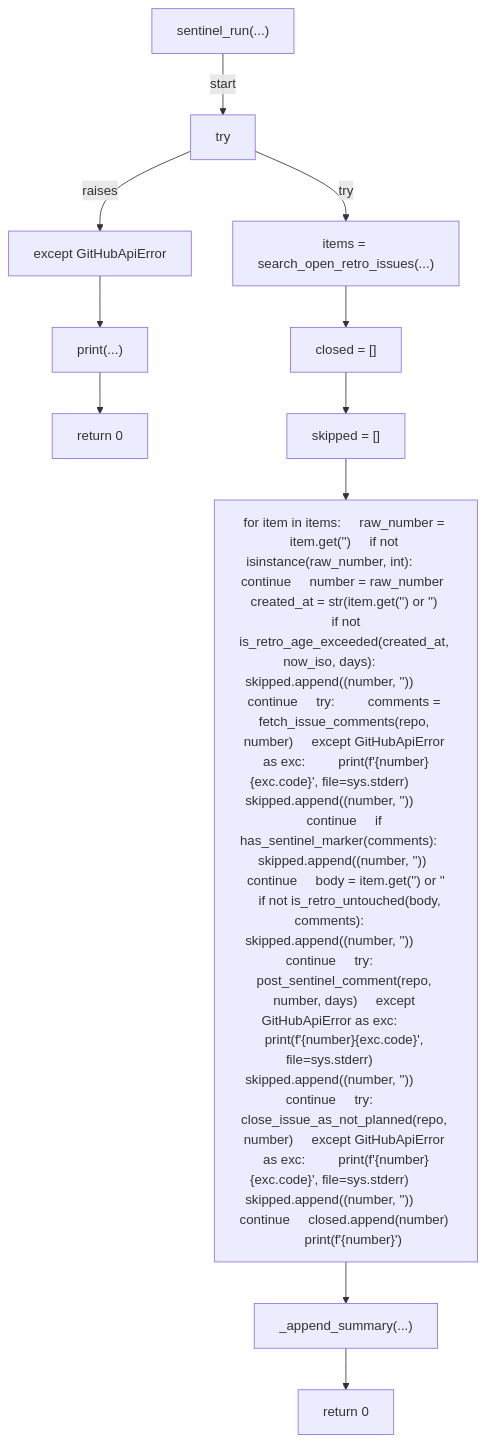
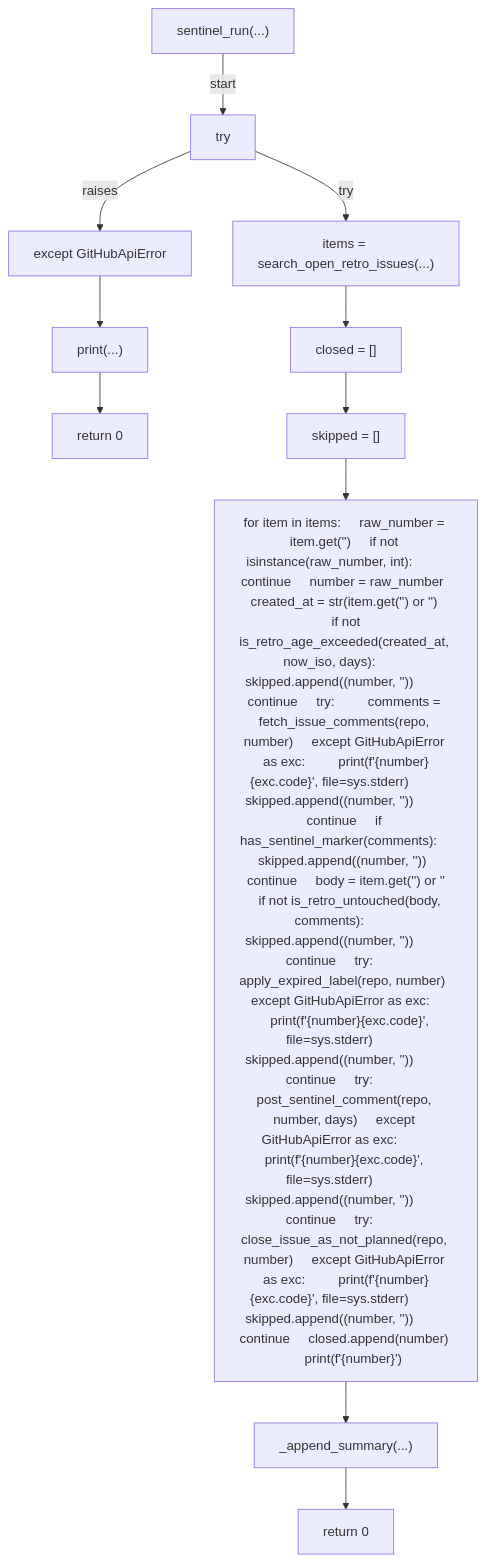
Diagram 42 of 60 in docs/generated/scripts/ast/auto_retro.md (tvna/claude-md), drawn with Mermaid before and after one commit. The commit also changed other lines of this file, not shown here.

First line of the commit message:
docs(generated): regenerate decision tree and workflow diagrams

````diff
--- a/docs/generated/scripts/ast/auto_retro.md
+++ b/docs/generated/scripts/ast/auto_retro.md
@@ -896,24 +907,24 @@
 ```mermaid
 flowchart TD
     N001["sentinel_run(...)"]
     N002["try"]
     N003["items = search_open_retro_issues(...)"]
     N004["except GitHubApiError"]
     N005["print(...)"]
     N006["return 0"]
     N007["closed = []"]
     N008["skipped = []"]
-    N009["for item in items:     raw_number = item.get('<str>')     if not isinstance(raw_number, int):         continue     number = raw_number     created_at = str(item.get('<str>') or '<str>')     if not is_retro_age_exceeded(created_at, now_iso, days):         skipped.append((number, '<str>'))         continue     try:         comments = fetch_issue_comments(repo, number)     except GitHubApiError as exc:         print(f'<str>{number}<str>{exc.code}<str>', file=sys.stderr)         skipped.append((number, '<str>'))         continue     if has_sentinel_marker(comments):         skipped.append((number, '<str>'))         continue     body = item.get('<str>') or '<str>'     if not is_retro_untouched(body, comments):         skipped.append((number, '<str>'))         continue     try:         post_sentinel_comment(repo, number, days)     except GitHubApiError as exc:         print(f'<str>{number}<str>{exc.code}<str>', file=sys.stderr)         skipped.append((number, '<str>'))         continue     try:         close_issue_as_not_planned(repo, number)     except GitHubApiError as exc:         print(f'<str>{number}<str>{exc.code}<str>', file=sys.stderr)         skipped.append((number, '<str>'))         continue     closed.append(number)     print(f'<str>{number}<str>')"]
+    N009["for item in items:     raw_number = item.get('<str>')     if not isinstance(raw_number, int):         continue     number = raw_number     created_at = str(item.get('<str>') or '<str>')     if not is_retro_age_exceeded(created_at, now_iso, days):         skipped.append((number, '<str>'))         continue     try:         comments = fetch_issue_comments(repo, number)     except GitHubApiError as exc:         print(f'<str>{number}<str>{exc.code}<str>', file=sys.stderr)         skipped.append((number, '<str>'))         continue     if has_sentinel_marker(comments):         skipped.append((number, '<str>'))         continue     body = item.get('<str>') or '<str>'     if not is_retro_untouched(body, comments):         skipped.append((number, '<str>'))         continue     try:         apply_expired_label(repo, number)     except GitHubApiError as exc:         print(f'<str>{number}<str>{exc.code}<str>', file=sys.stderr)         skipped.append((number, '<str>'))         continue     try:         post_sentinel_comment(repo, number, days)     except GitHubApiError as exc:         print(f'<str>{number}<str>{exc.code}<str>', file=sys.stderr)         skipped.append((number, '<str>'))         continue     try:         close_issue_as_not_planned(repo, number)     except GitHubApiError as exc:         print(f'<str>{number}<str>{exc.code}<str>', file=sys.stderr)         skipped.append((number, '<str>'))         continue     closed.append(number)     print(f'<str>{number}<str>')"]
     N010["_append_summary(...)"]
     N011["return 0"]
     N001 -->|"start"| N002
     N002 -->|"try"| N003
     N002 -->|"raises"| N004
     N004 --> N005
     N005 --> N006
     N003 --> N007
     N007 --> N008
     N008 --> N009
     N009 --> N010
     N010 --> N011
 ```
````
